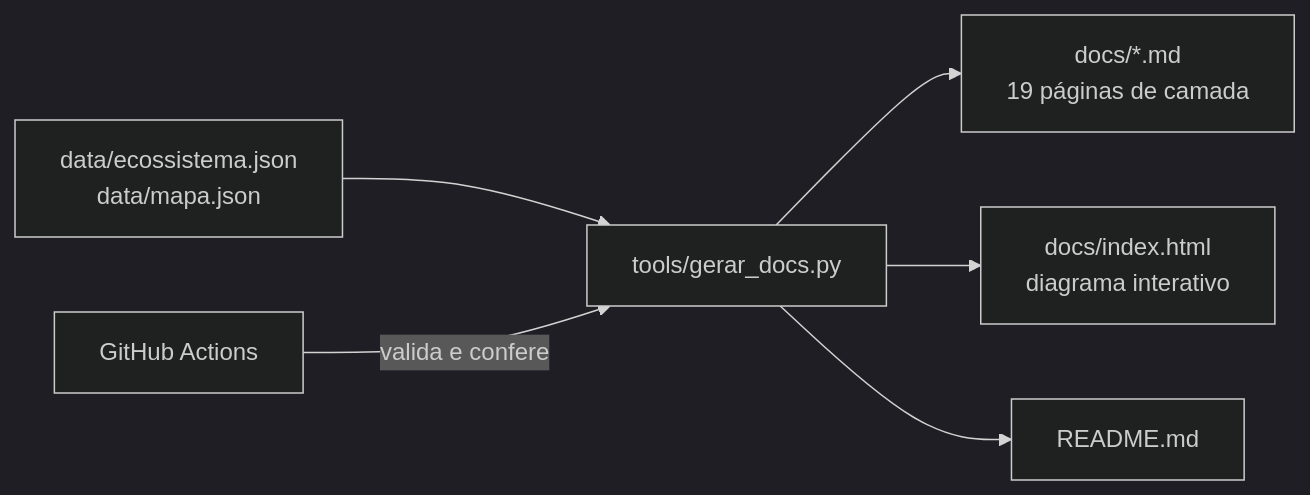
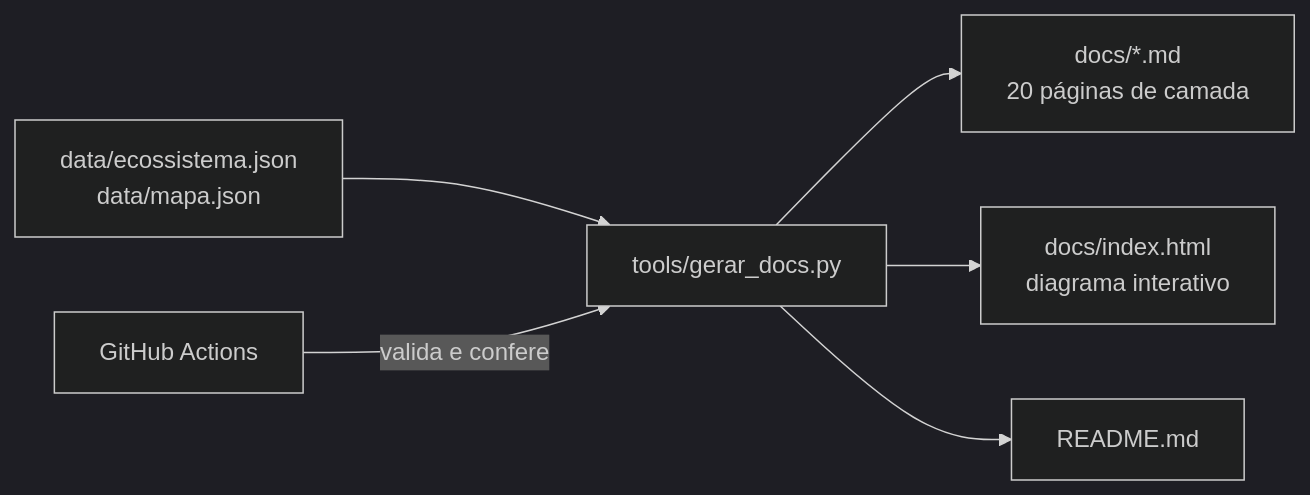
One commit to AlanMateus17/dev-setup changed the second of 2 diagrams in README.md. Above: the diagram before and after it, drawn with Mermaid (dark theme). The commit also changed other lines of this file and 39 other files, not shown here.

````diff
--- a/README.md
+++ b/README.md
@@ -100,8 +104,8 @@
 ```mermaid
 flowchart LR
   D["data/ecossistema.json<br/>data/mapa.json"] --> G["tools/gerar_docs.py"]
-  G --> M["docs/*.md<br/>19 páginas de camada"]
+  G --> M["docs/*.md<br/>20 páginas de camada"]
   G --> H["docs/index.html<br/>diagrama interativo"]
   G --> R["README.md"]
   CI["GitHub Actions"] -->|"valida e confere"| G
 ```
````
